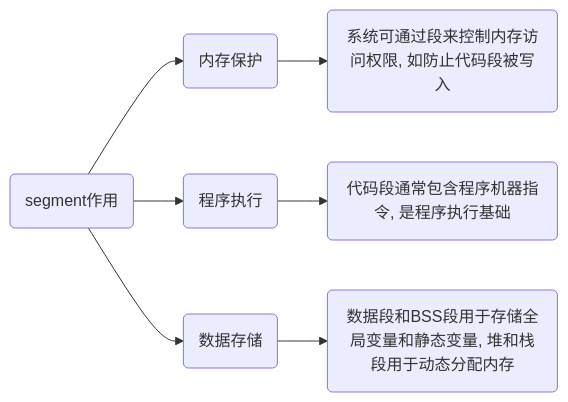
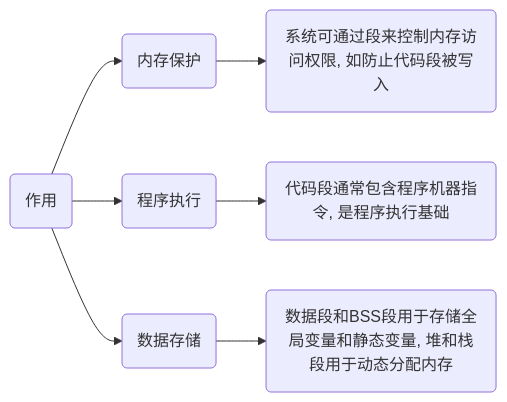
One commit to dmjcb/dmjcb.github.io changed the seventh of 7 diagrams in _posts/language/c_c++/compile/2021-06-15-编译过程.md. Above: the diagram before and after it, drawn with Mermaid. The commit also changed other lines of this file and 19 other files, not shown here.

````diff
--- a/_posts/language/c_c++/compile/2021-06-15-编译过程.md
+++ b/_posts/language/c_c++/compile/2021-06-15-编译过程.md
@@ -490,7 +501,7 @@
 ```mermaid
 graph LR;
-    X(segment作用)
+    X(作用)
     X --> A(内存保护) --> A1(系统可通过段来控制内存访问权限, 如防止代码段被写入)
     X --> B(程序执行) --> B1(代码段通常包含程序机器指令, 是程序执行基础)
     X --> C(数据存储) --> C1(数据段和BSS段用于存储全局变量和静态变量, 堆和栈段用于动态分配内存)
 ```
````
